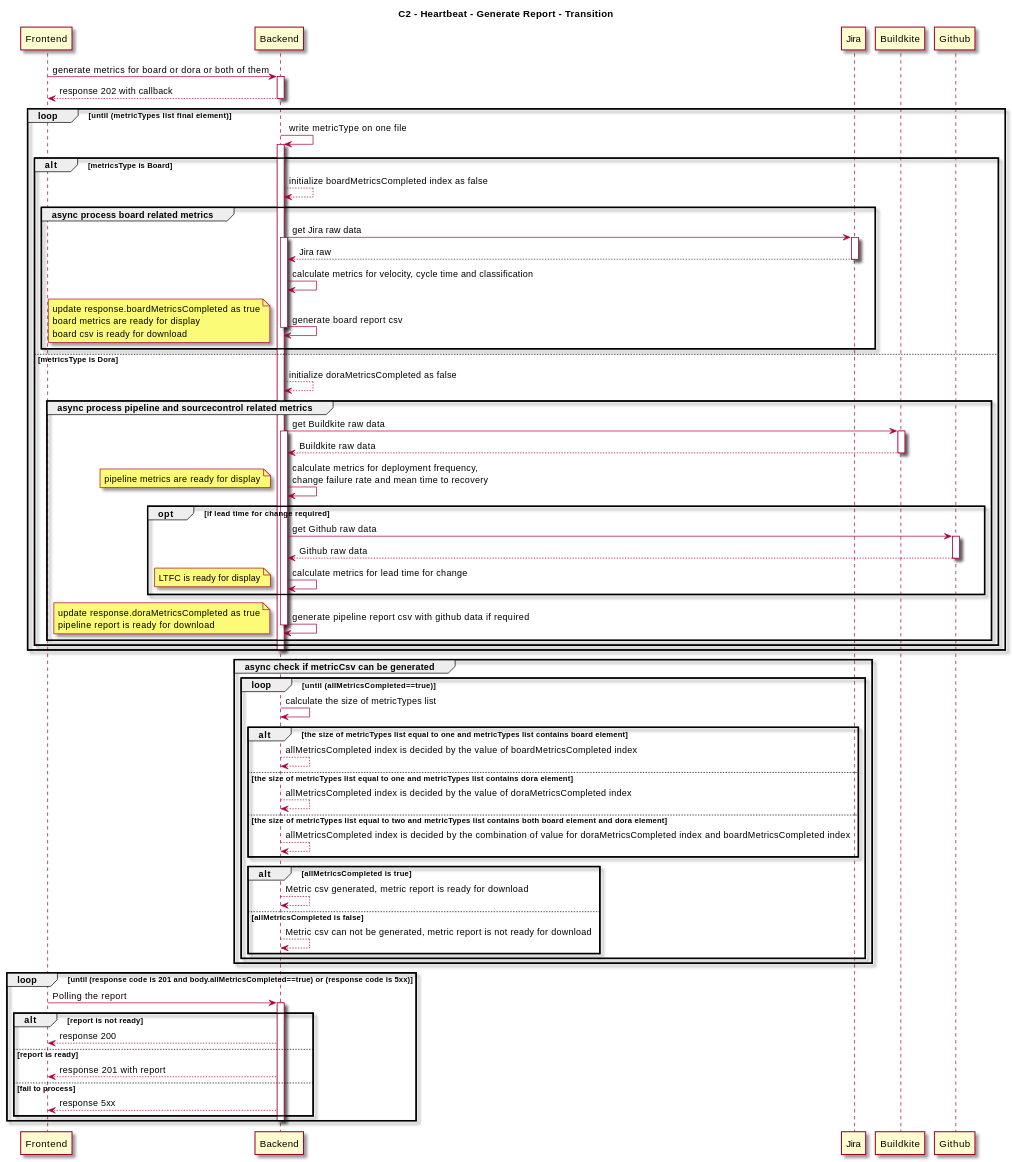
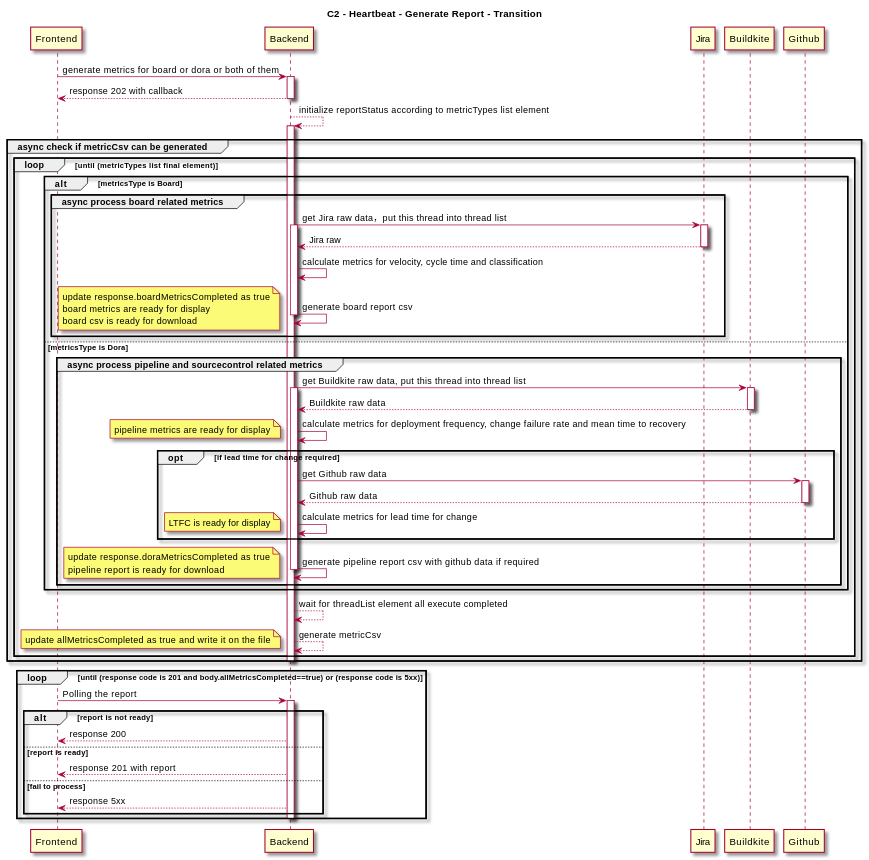
The second of 2 diagrams in docs/src/content/docs/en/designs/optimize-generate-report.mdx (au-heartbeat/Heartbeat), drawn with PlantUML before and after one commit. The commit also changed other lines of this file, not shown here.

Commit message:
ADM-837: [docs] add note to notice allMetricCompleted as true

```diff
--- a/docs/src/content/docs/en/designs/optimize-generate-report.mdx
+++ b/docs/src/content/docs/en/designs/optimize-generate-report.mdx
@@ -110,15 +110,15 @@
 deactivate Backend
 
 
+Backend --> Backend: initialize reportStatus according to metricTypes list element
+activate Backend
+
+group async check if metricCsv can be generated 
 loop until (metricTypes list final element)
-    Backend -> Backend: write metricType on one file
-    activate Backend
-    
     
     alt metricsType is Board
-        Backend --> Backend: initialize boardMetricsCompleted index as false
         group async process board related metrics
-            Backend -> Jira: get Jira raw data
+            Backend -> Jira: get Jira raw data，put this thread into thread list
             activate Backend
             activate Jira
             Jira --> Backend: Jira raw 
@@ -135,14 +135,13 @@
         
         
     else metricsType is Dora
-        Backend --> Backend: initialize doraMetricsCompleted as false
         group async process pipeline and sourcecontrol related metrics
-            Backend -> Buildkite: get Buildkite raw data
+            Backend -> Buildkite: get Buildkite raw data, put this thread into thread list
             activate Backend
             activate Buildkite
             Buildkite --> Backend: Buildkite raw data
             deactivate Buildkite
-            Backend -> Backend: calculate metrics for deployment frequency, \nchange failure rate and mean time to recovery
+            Backend -> Backend: calculate metrics for deployment frequency, change failure rate and mean time to recovery
             note left
                 pipeline metrics are ready for display
             end note
@@ -164,30 +163,15 @@
             deactivate Backend
         end
     end
-     deactivate Backend
+     
+     Backend --> Backend: wait for threadList element all execute completed
+     Backend --> Backend: generate metricCsv
+     note left
+     update allMetricsCompleted as true and write it on the file
+     end note
 end 
-
-
-group async check if metricCsv can be generated 
- loop until (allMetricsCompleted==true) 
-    Backend -> Backend: calculate the size of metricTypes list 
-    alt the size of metricTypes list equal to one and metricTypes list contains board element
-           Backend --> Backend: allMetricsCompleted index is decided by the value of boardMetricsCompleted index
-       else the size of metricTypes list equal to one and metricTypes list contains dora element
-           Backend --> Backend: allMetricsCompleted index is decided by the value of doraMetricsCompleted index
-       else the size of metricTypes list equal to two and metricTypes list contains both board element and dora element
-           Backend --> Backend: allMetricsCompleted index is decided by the combination of value for doraMetricsCompleted index and boardMetricsCompleted index
-       end
-       alt allMetricsCompleted is true
-               Backend --> Backend: Metric csv generated, metric report is ready for download
-           else allMetricsCompleted is false
-            Backend --> Backend: Metric csv can not be generated, metric report is not ready for download
-           end
-               deactivate Backend
-           end 
-       deactivate Backend
-   end 
-
+    deactivate Backend
+end 
 
 loop until (response code is 201 and body.allMetricsCompleted==true) or (response code is 5xx) 
     Frontend -> Backend: Polling the report
```
